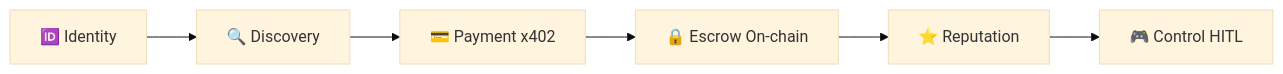
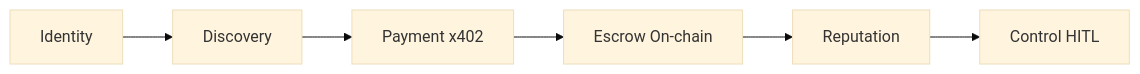
Before and after one commit to Andy00L/ton-agent-kit: the first of 4 diagrams in README.md, drawn with Mermaid (base theme). The commit also changed other lines of this file and 1 other file, not shown here.

````diff
--- a/README.md
+++ b/README.md
@@ -434,8 +446,8 @@
 ```mermaid
 flowchart LR
-    A[🆔 Identity] --> B[🔍 Discovery]
-    B --> C[💳 Payment x402]
-    C --> D[🔒 Escrow On-chain]
-    D --> E[⭐ Reputation]
-    E --> F[🎮 Control HITL]
+    A[Identity] --> B[Discovery]
+    B --> C[Payment x402]
+    C --> D[Escrow On-chain]
+    D --> E[Reputation]
+    E --> F[Control HITL]
 ```
````
